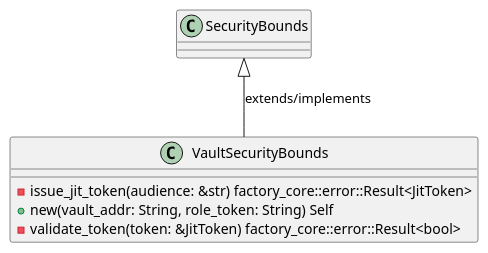
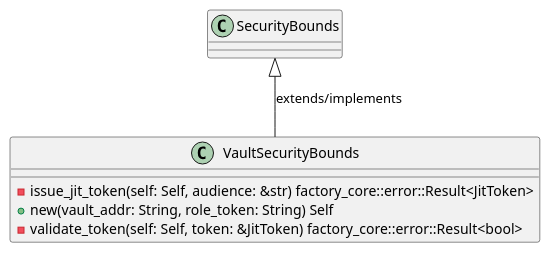
The first of 6 diagrams in openwiki/crates_factory_infrastructure_src_vault.md (lgcorzo/rust_CACD_autonomous_factory), drawn with PlantUML before and after one commit. The commit also changed other lines of this file and 95 other files, not shown here.

````diff
--- a/openwiki/crates_factory_infrastructure_src_vault.md
+++ b/openwiki/crates_factory_infrastructure_src_vault.md
@@ -79,11 +79,11 @@
 ```plantuml
 @startuml
 class VaultSecurityBounds {
-    -issue_jit_token(audience: &str) factory_core::error::Result<JitToken>
+    -issue_jit_token(self: Self, audience: &str) factory_core::error::Result<JitToken>
     +new(vault_addr: String, role_token: String) Self
-    -validate_token(token: &JitToken) factory_core::error::Result<bool>
+    -validate_token(self: Self, token: &JitToken) factory_core::error::Result<bool>
 }
 SecurityBounds <|-- VaultSecurityBounds : extends/implements
 @enduml
 
 ```
````
